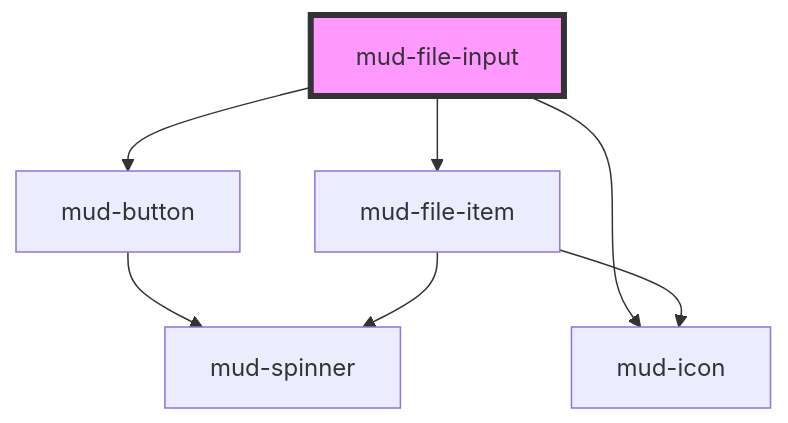
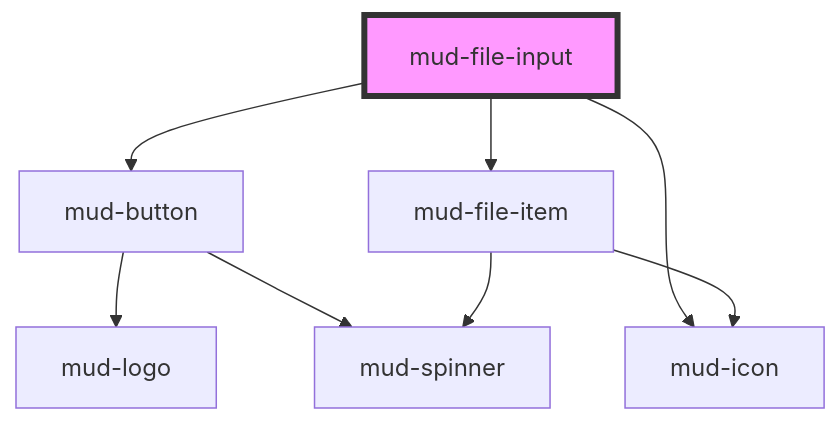
One commit to egov-moldova/design-system changed the diagram in src/components/mud-file-input/readme.md. Above: the diagram before and after it, drawn with Mermaid. The commit also changed 15 other files, not shown here.

````diff
--- a/src/components/mud-file-input/readme.md
+++ b/src/components/mud-file-input/readme.md
@@ -104,10 +104,11 @@
 ```mermaid
 graph TD;
   mud-file-input --> mud-button
   mud-file-input --> mud-icon
   mud-file-input --> mud-file-item
+  mud-button --> mud-logo
   mud-button --> mud-spinner
   mud-file-item --> mud-spinner
   mud-file-item --> mud-icon
   style mud-file-input fill:#f9f,stroke:#333,stroke-width:4px
 ```
````
